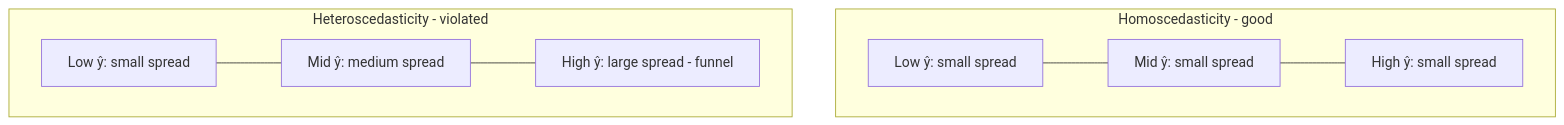
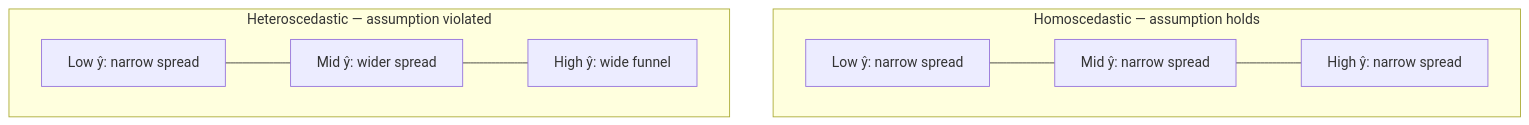
Before and after one commit to mhd-riaz/data-scientist-roadmap: the second of 4 diagrams in semester-1/05-supervised-ml-regression/notes/03-assumptions-and-model-evaluation.md, drawn with Mermaid. The commit also changed other lines of this file and 5 other files, not shown here.

````diff
--- a/semester-1/05-supervised-ml-regression/notes/03-assumptions-and-model-evaluation.md
+++ b/semester-1/05-supervised-ml-regression/notes/03-assumptions-and-model-evaluation.md
@@ -91,11 +160,11 @@
 ```mermaid
 flowchart TD
-    subgraph Homo[Homoscedasticity - good]
+    subgraph Homo["Homoscedastic — assumption holds"]
         direction LR
-        H1[Low ŷ: small spread] --- H2[Mid ŷ: small spread] --- H3[High ŷ: small spread]
+        H1["Low ŷ: narrow spread"] --- H2["Mid ŷ: narrow spread"] --- H3["High ŷ: narrow spread"]
     end
-    subgraph Hetero[Heteroscedasticity - violated]
+    subgraph Hetero["Heteroscedastic — assumption violated"]
         direction LR
-        V1[Low ŷ: small spread] --- V2[Mid ŷ: medium spread] --- V3[High ŷ: large spread - funnel]
+        V1["Low ŷ: narrow spread"] --- V2["Mid ŷ: wider spread"] --- V3["High ŷ: wide funnel"]
     end
 ```
````
